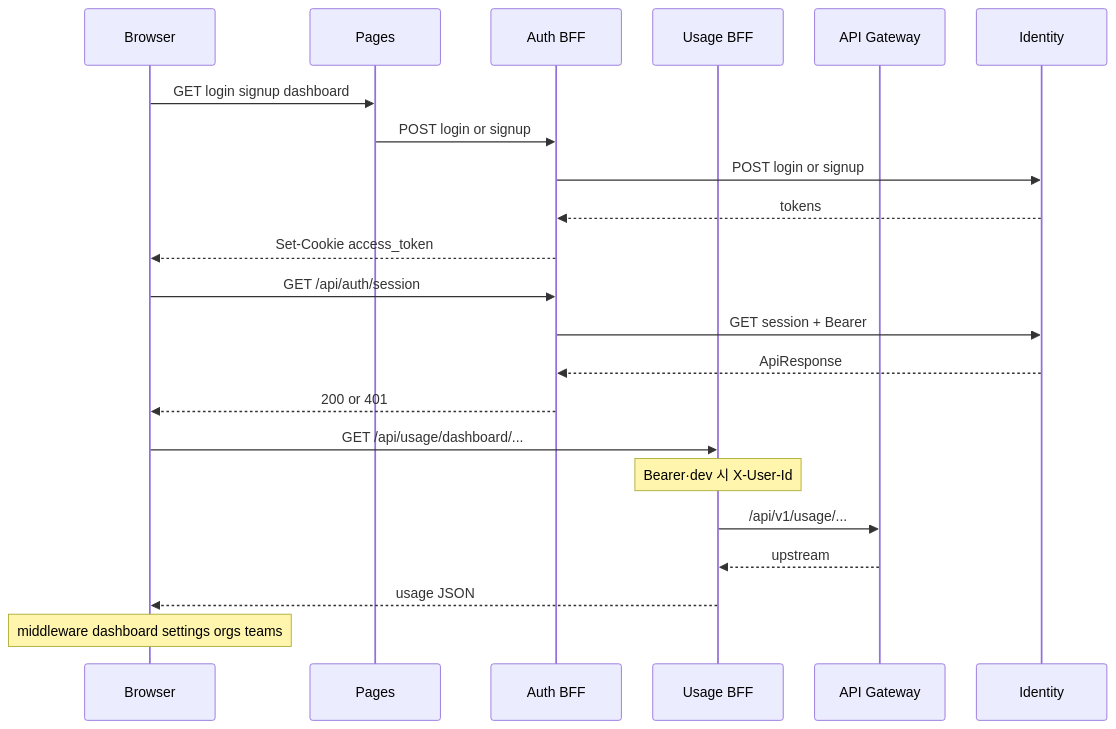
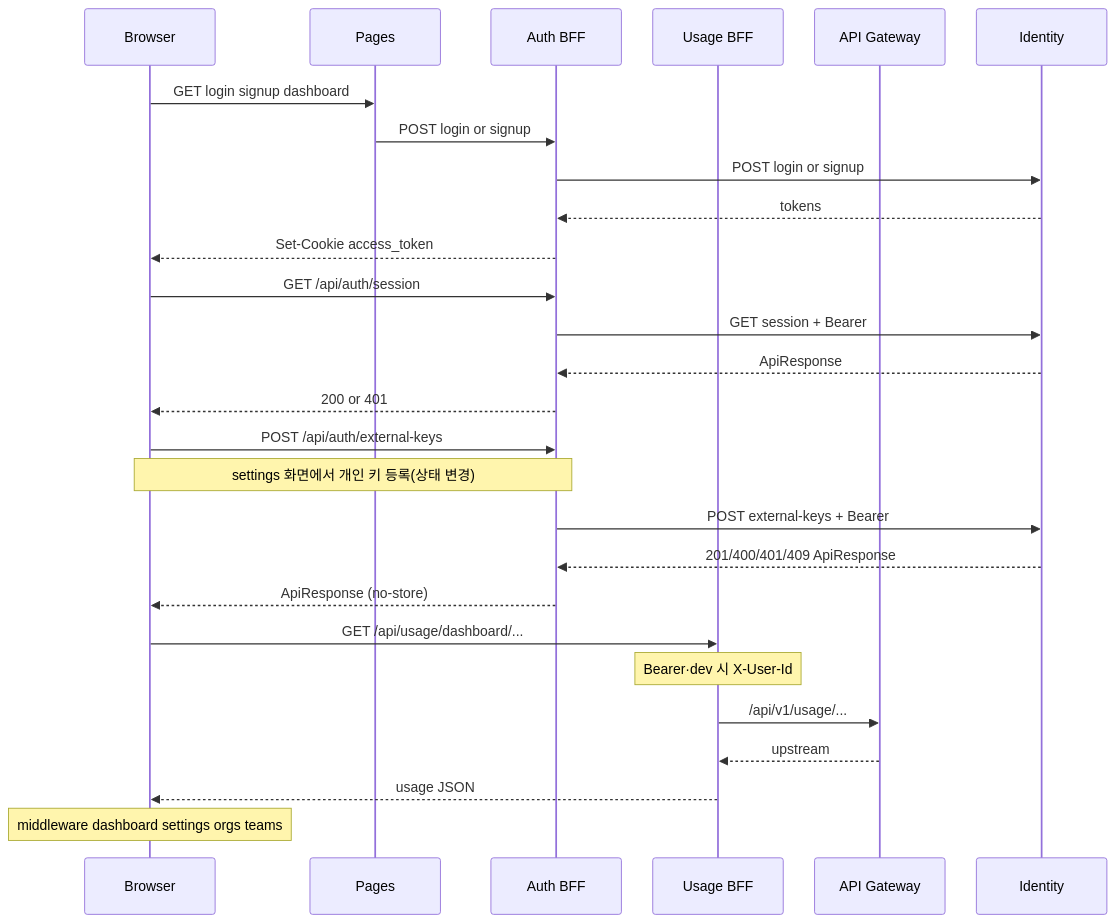
One commit to Zero-Bug-Freinds/ai-api-usage-monitor changed the ninth of 11 diagrams in docs/c4-architecture-diagrams.md. Above: the diagram before and after it, drawn with Mermaid. The commit also changed other lines of this file and 4 other files, not shown here.

````diff
--- a/docs/c4-architecture-diagrams.md
+++ b/docs/c4-architecture-diagrams.md
@@ -383,29 +386,35 @@
 ```mermaid
 %%{init: {'sequence': {'actorMargin': 36, 'messageMargin': 18}}}%%
 sequenceDiagram
   participant B as Browser
   participant P as Pages
   participant H as Auth BFF
   participant U as Usage BFF
   participant GW as API Gateway
   participant I as Identity
 
   B->>P: GET login signup dashboard
   P->>H: POST login or signup
   H->>I: POST login or signup
   I-->>H: tokens
   H-->>B: Set-Cookie access_token
 
   B->>H: GET /api/auth/session
   H->>I: GET session + Bearer
   I-->>H: ApiResponse
   H-->>B: 200 or 401
 
+  B->>H: POST /api/auth/external-keys
+  Note over B,H: settings 화면에서 개인 키 등록(상태 변경)
+  H->>I: POST external-keys + Bearer
+  I-->>H: 201/400/401/409 ApiResponse
+  H-->>B: ApiResponse (no-store)
+
   B->>U: GET /api/usage/dashboard/...
   Note over U: Bearer·dev 시 X-User-Id
   U->>GW: /api/v1/usage/...
   GW-->>U: upstream
   U-->>B: usage JSON
 
   Note over B: middleware dashboard settings orgs teams
 ```
````
